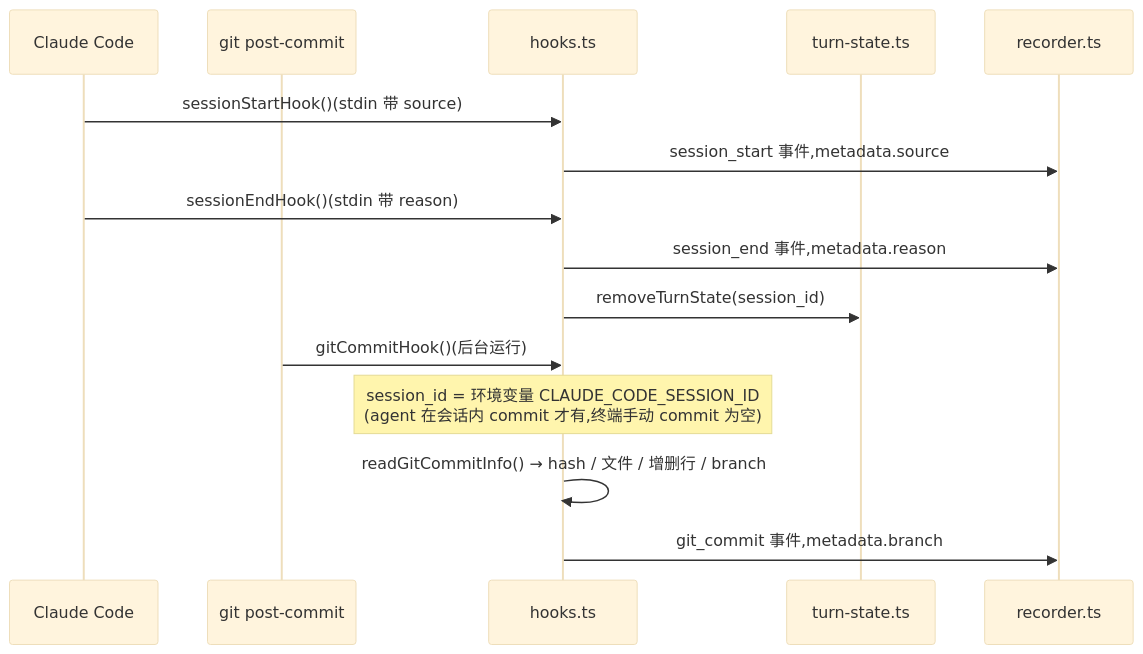
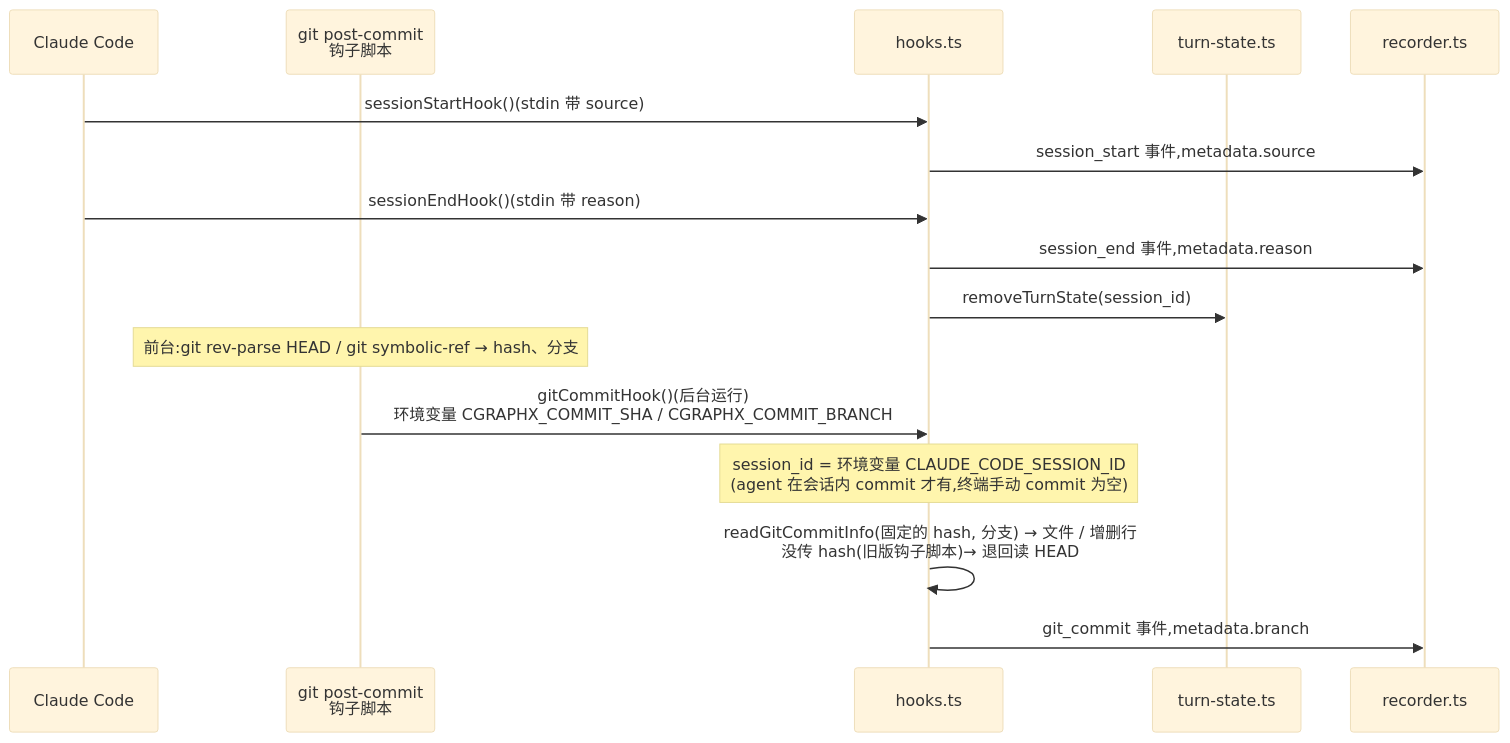
Before and after one commit to smdnkB/cgraphx: the second of 3 diagrams in docs/code-map/flows/开发时间线记录.md, drawn with Mermaid (base theme). The commit also changed other lines of this file and 3 other files, not shown here.

First line of the commit message:
docs: 提交记录固定 hash 知识沉淀 + 刷新代码地图

````diff
--- a/docs/code-map/flows/开发时间线记录.md
+++ b/docs/code-map/flows/开发时间线记录.md
@@ -66,18 +66,19 @@
 ```mermaid
 sequenceDiagram
   participant CC as Claude Code
-  participant G as git post-commit
+  participant G as git post-commit<br/>钩子脚本
   participant H as hooks.ts
   participant TS as turn-state.ts
   participant RC as recorder.ts
 
   CC->>H: sessionStartHook()(stdin 带 source)
   H->>RC: session_start 事件,metadata.source
   CC->>H: sessionEndHook()(stdin 带 reason)
   H->>RC: session_end 事件,metadata.reason
   H->>TS: removeTurnState(session_id)
-  G->>H: gitCommitHook()(后台运行)
+  Note over G: 前台:git rev-parse HEAD / git symbolic-ref → hash、分支
+  G->>H: gitCommitHook()(后台运行)<br/>环境变量 CGRAPHX_COMMIT_SHA / CGRAPHX_COMMIT_BRANCH
   Note over H: session_id = 环境变量 CLAUDE_CODE_SESSION_ID<br/>(agent 在会话内 commit 才有,终端手动 commit 为空)
-  H->>H: readGitCommitInfo() → hash / 文件 / 增删行 / branch
+  H->>H: readGitCommitInfo(固定的 hash, 分支) → 文件 / 增删行<br/>没传 hash(旧版钩子脚本)→ 退回读 HEAD
   H->>RC: git_commit 事件,metadata.branch
 ```
````
